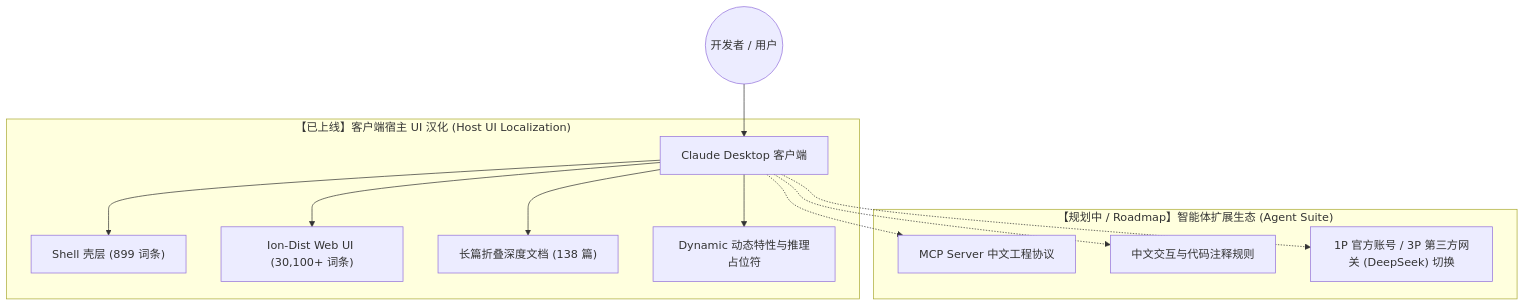
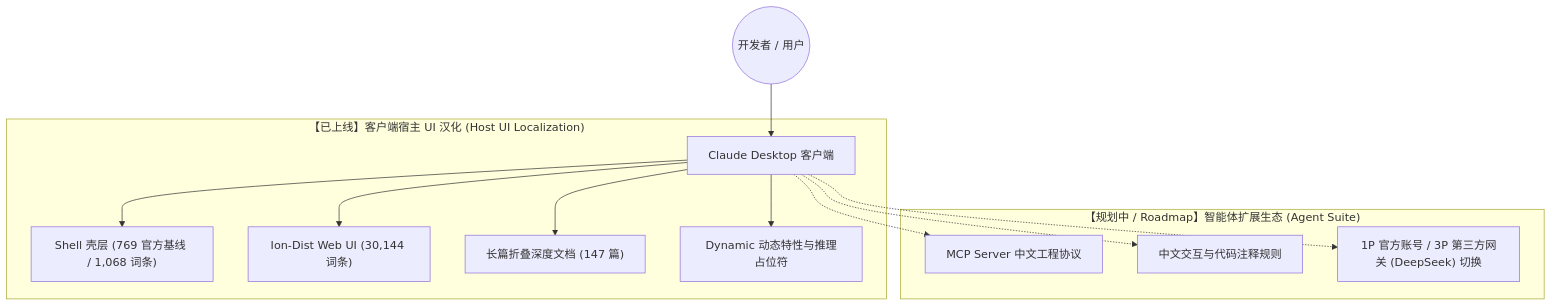
The first of 2 diagrams in README.md (yiheng8023/claude-chinese), drawn with Mermaid before and after one commit. The commit also changed other lines of this file and 8 other files, not shown here.

````diff
--- a/README.md
+++ b/README.md
@@ -43,17 +43,17 @@
 ```mermaid
 graph TD
     User((开发者 / 用户)) --> ClaudeApp[Claude Desktop 客户端]
     
     subgraph Mode1 ["【已上线】客户端宿主 UI 汉化 (Host UI Localization)"]
-        ClaudeApp --> ShellLayer["Shell 壳层 (899 词条)"]
-        ClaudeApp --> WebUILayer["Ion-Dist Web UI (30,100+ 词条)"]
-        ClaudeApp --> LongDocsLayer["长篇折叠深度文档 (138 篇)"]
+        ClaudeApp --> ShellLayer["Shell 壳层 (769 官方基线 / 1,068 词条)"]
+        ClaudeApp --> WebUILayer["Ion-Dist Web UI (30,144 词条)"]
+        ClaudeApp --> LongDocsLayer["长篇折叠深度文档 (147 篇)"]
         ClaudeApp --> DynamicLayer["Dynamic 动态特性与推理占位符"]
     end
     
     subgraph Mode2 ["【规划中 / Roadmap】智能体扩展生态 (Agent Suite)"]
         ClaudeApp -.-> MCP["MCP Server 中文工程协议"]
         ClaudeApp -.-> Rules["中文交互与代码注释规则"]
         ClaudeApp -.-> Switcher["1P 官方账号 / 3P 第三方网关 (DeepSeek) 切换"]
     end
 ```
````
